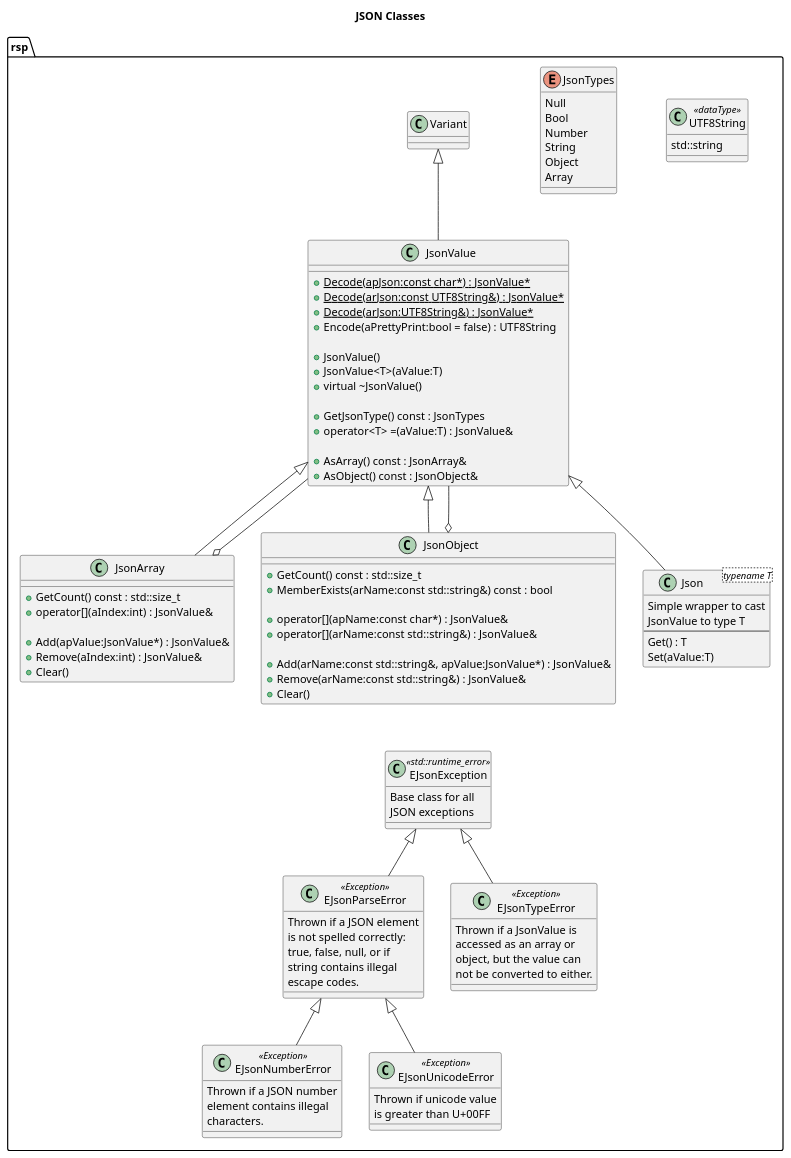
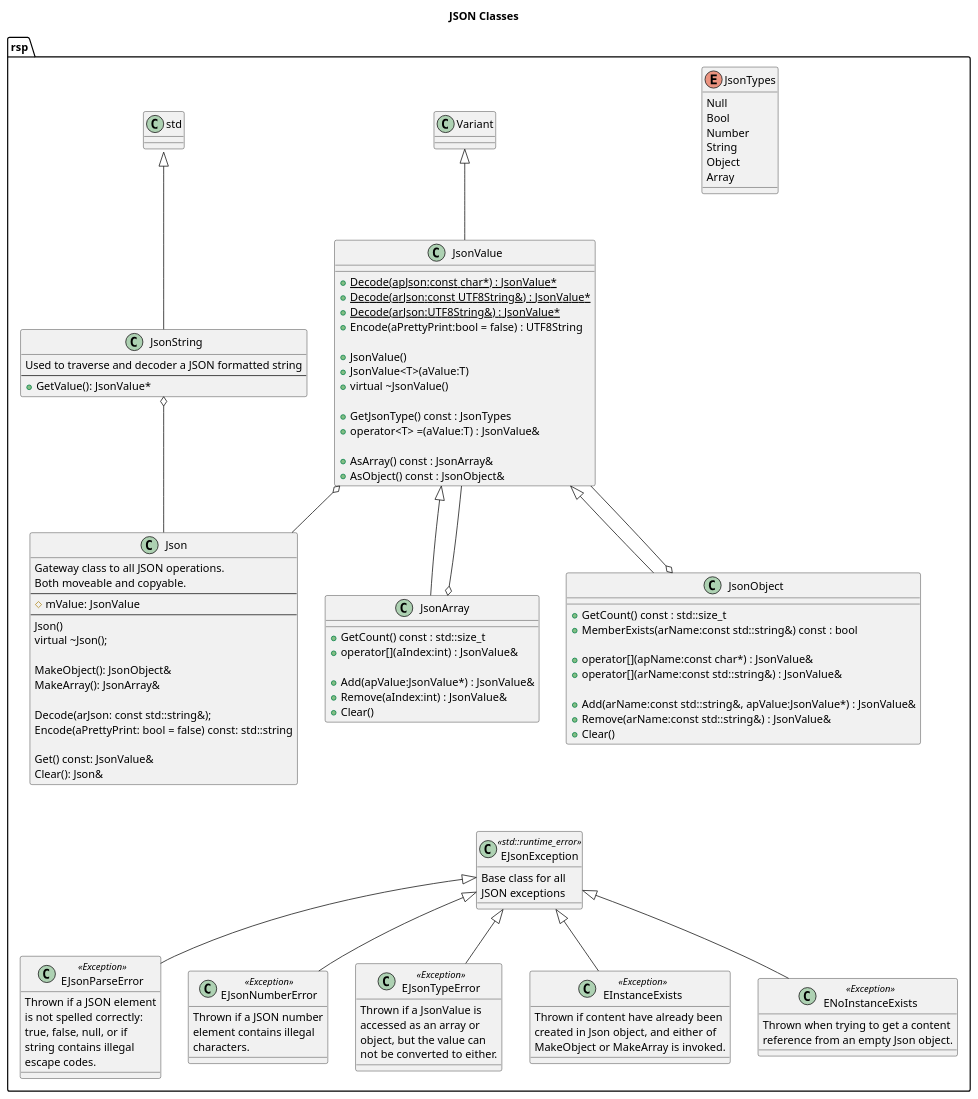
Before and after one commit to rsps/rsp-core-library: the diagram in docs/uml/Json Classes.puml, drawn with PlantUML. The commit also changed 9 other files, not shown here.

```diff
--- a/docs/uml/Json Classes.puml
+++ b/docs/uml/Json Classes.puml
@@ -1,119 +1,142 @@
 @startuml
 
 skinparam stereotypeCBackgroundColor<<Exception>> Red
 skinparam stereotypeCBackgroundColor<<std::runtime_error>> Red
 'hide stereotype
 
 title JSON Classes
 
 namespace rsp {
-
-class UTF8String <<dataType>> {
-    std::string
-}
 
 enum JsonTypes {
     Null
     Bool
     Number
     String
     Object
     Array
 }
 
 class Variant
 
 class JsonValue {
     +{static} Decode(apJson:const char*) : JsonValue*
     +{static} Decode(arJson:const UTF8String&) : JsonValue*
     +{static} Decode(arJson:UTF8String&) : JsonValue*
     +Encode(aPrettyPrint:bool = false) : UTF8String
 
     +JsonValue()
     +JsonValue<T>(aValue:T)
     +virtual ~JsonValue()
 
     +GetJsonType() const : JsonTypes
     +operator<T> =(aValue:T) : JsonValue&
 
     +AsArray() const : JsonArray&
     +AsObject() const : JsonObject&
 }
 
 class JsonArray {
     +GetCount() const : std::size_t
     +operator[](aIndex:int) : JsonValue&
 
     +Add(apValue:JsonValue*) : JsonValue&
     +Remove(aIndex:int) : JsonValue&
     +Clear()
 }
 
 class JsonObject {
     +GetCount() const : std::size_t
     +MemberExists(arName:const std::string&) const : bool
 
     +operator[](apName:const char*) : JsonValue&
     +operator[](arName:const std::string&) : JsonValue&
 
     +Add(arName:const std::string&, apValue:JsonValue*) : JsonValue&
     +Remove(arName:const std::string&) : JsonValue&
     +Clear()
 }
 
-class Json<typename T> {
-    Simple wrapper to cast
-    JsonValue to type T
---
-    Get() : T
-    Set(aValue:T)
+class JsonString {
+    Used to traverse and decoder a JSON formatted string
+    --
+    +GetValue(): JsonValue*
+}
+
+class Json {
+    Gateway class to all JSON operations.
+    Both moveable and copyable.
+    --
+    #mValue: JsonValue
+    --
+    Json()
+    virtual ~Json();
+
+    MakeObject(): JsonObject&
+    MakeArray(): JsonArray&
+
+    Decode(arJson: const std::string&);
+    Encode(aPrettyPrint: bool = false) const: std::string
+
+    Get() const: JsonValue&
+    Clear(): Json&
 }
 
 class EJsonException <<std::runtime_error>> {
     Base class for all
     JSON exceptions
 }
 
 class EJsonParseError <<Exception>> {
     Thrown if a JSON element
     is not spelled correctly:
     true, false, null, or if
     string contains illegal
     escape codes.
 }
 
 class EJsonNumberError <<Exception>> {
     Thrown if a JSON number
     element contains illegal
     characters.
 }
 
 class EJsonTypeError <<Exception>> {
     Thrown if a JsonValue is
     accessed as an array or
     object, but the value can
     not be converted to either.
 }
 
-class EJsonUnicodeError <<Exception>> {
-    Thrown if unicode value
-    is greater than U+00FF
+class EInstanceExists <<Exception>> {
+    Thrown if content have already been
+    created in Json object, and either of
+    MakeObject or MakeArray is invoked.
+}
+
+class ENoInstanceExists <<Exception>> {
+    Thrown when trying to get a content
+    reference from an empty Json object.
 }
 
 JsonObject -down[hidden]- EJsonException
 
 EJsonException <|-- EJsonParseError
 EJsonException <|-- EJsonTypeError
-EJsonParseError <|-- EJsonNumberError
-EJsonParseError <|-- EJsonUnicodeError
+EJsonException <|-- EJsonNumberError
+EJsonException <|-- EInstanceExists
+EJsonException <|-- ENoInstanceExists
+
+std::string <|-- JsonString
+JsonString o-- Json
 
 Variant <|-- JsonValue
 JsonValue <|-- JsonArray
 JsonValue <|-- JsonObject
-JsonValue <|-- Json
+JsonValue o-- Json
 JsonArray o-- JsonValue
 JsonObject o-- JsonValue
 
 }
 
 @enduml
```
